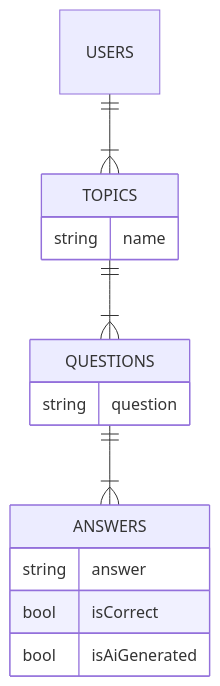
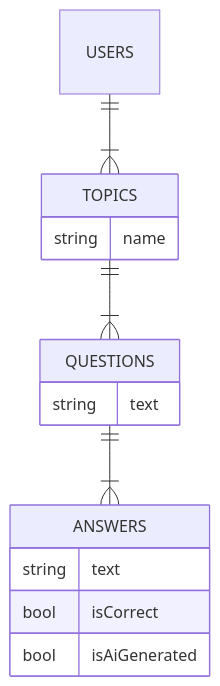
One commit to MegaThorx/mc-cardz changed the diagram in docs/01_database.md. Above: the diagram before and after it, drawn with Mermaid.

Commit message:
Fix database model due to the fact the field name cannot be the same as the class name

````diff
--- a/docs/01_database.md
+++ b/docs/01_database.md
@@ -1,19 +1,19 @@
 ```mermaid
 erDiagram
     USERS
     TOPICS {
         string name
     }
     QUESTIONS {
-        string question
+        string text
     }
     ANSWERS {
-        string answer
+        string text
         bool isCorrect
         bool isAiGenerated
     }
 
     USERS ||--|{ TOPICS : ""
     TOPICS ||--|{ QUESTIONS : ""
     QUESTIONS ||--|{ ANSWERS : ""
 ```
````
